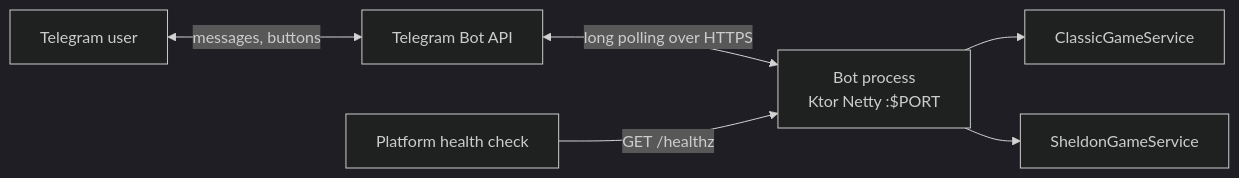
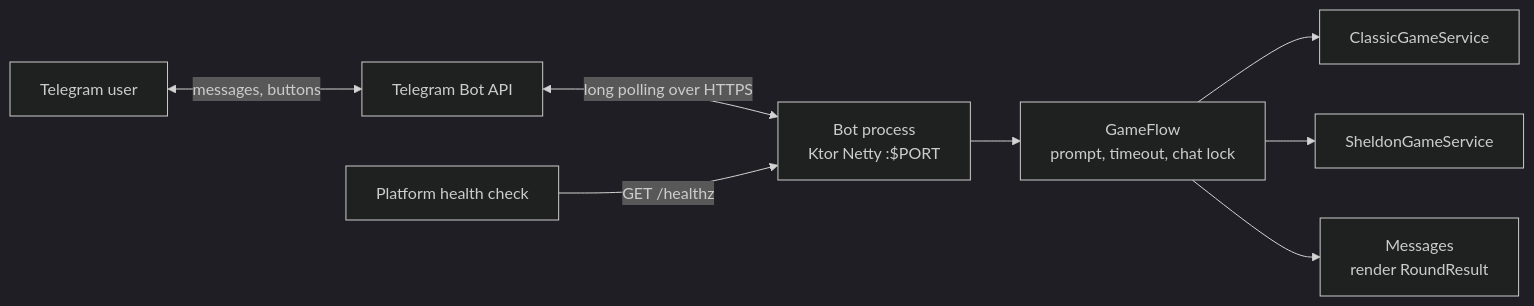
Before and after one commit to Giancarmine/rock-paper-scissors-lizard-spock-bot: the first of 4 diagrams in docs/ARCHITECTURE.md, drawn with Mermaid (dark theme). The commit also changed other lines of this file and 24 other files, not shown here.

First line of the commit message:
Improve bot messages and separate game flow from command wiring

````diff
--- a/docs/ARCHITECTURE.md
+++ b/docs/ARCHITECTURE.md
@@ -8,8 +8,10 @@
 ```mermaid
 flowchart LR
     User[Telegram user] <-->|messages, buttons| TG[Telegram Bot API]
     TG <-->|long polling over HTTPS| Bot[Bot process<br/>Ktor Netty :$PORT]
     Health[Platform health check] -->|GET /healthz| Bot
-    Bot --> Classic[ClassicGameService]
-    Bot --> Sheldon[SheldonGameService]
+    Bot --> Flow[GameFlow<br/>prompt, timeout, chat lock]
+    Flow --> Classic[ClassicGameService]
+    Flow --> Sheldon[SheldonGameService]
+    Flow --> Messages[Messages<br/>render RoundResult]
 ```
````
